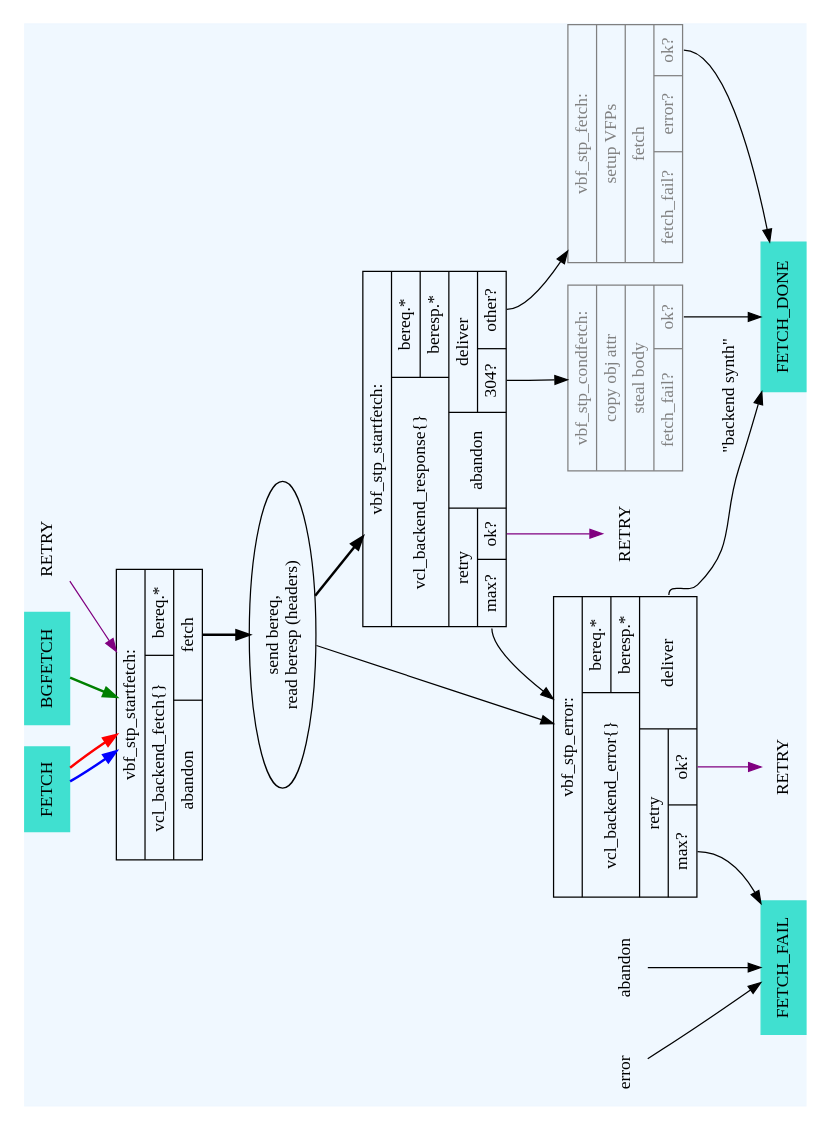
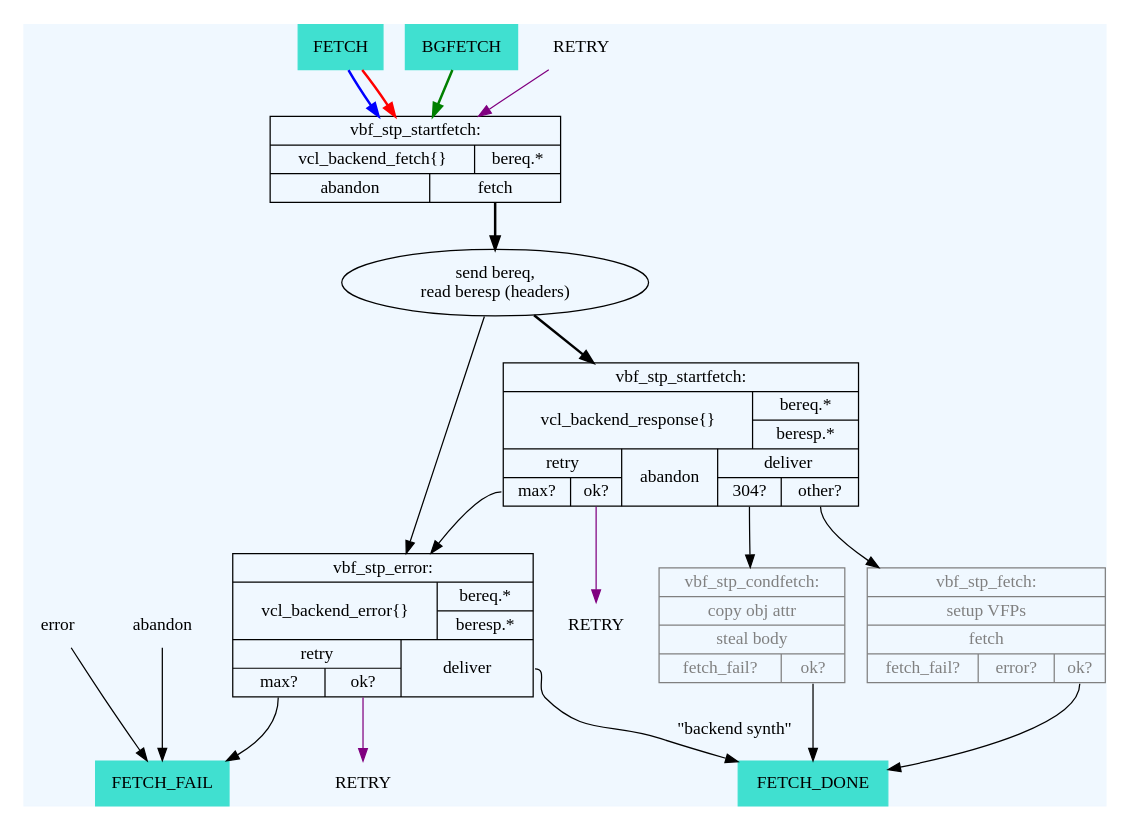
Before and after one commit to varnishcache/varnish-cache: the diagram in doc/graphviz/cache_fetch.dot, drawn with Graphviz. The commit also changed 2 other files, not shown here.

```diff
--- a/doc/graphviz/cache_fetch.dot
+++ b/doc/graphviz/cache_fetch.dot
@@ -1,109 +1,108 @@
 digraph cache_fetch {
 	margin="0.5"
 	center="1"
-	rotate=90
 
 	/*** cache_fetch.c ***/
 	subgraph cluster_backend {
 		style=filled
 		color=aliceblue
 		RETRY [shape=plaintext]
 		v_b_f_BGFETCH [label="BGFETCH",
 			       shape=box,
 			       style=filled,
 			       color=turquoise]
 		v_b_f_FETCH [label="FETCH",
 			       shape=box,
 			       style=filled,
 			       color=turquoise]
 		v_b_f_BGFETCH -> v_b_f [style=bold,color=green]
 		v_b_f_FETCH -> v_b_f [style=bold,color=blue]
 		v_b_f_FETCH -> v_b_f [style=bold,color=red]
 		RETRY -> v_b_f [color=purple]
 		/* vbf_stp_startfetch() */
 		v_b_f [
 			    shape=record
 			    label="
 			    {vbf_stp_startfetch:|
 				    {vcl_backend_fetch\{\}|bereq.*}|
 				    {abandon|
 					    <fetch>fetch}}"
 		]
 		v_b_f:fetch:s -> v_b_hdrs [style=bold]
 		v_b_hdrs [ label="send bereq,\nread beresp (headers)"]
 		v_b_hdrs -> v_b_r [style=bold]
 		v_b_hdrs -> v_b_e
 		v_b_r [
 			    shape=record
 			    label="
 			    {vbf_stp_startfetch:|
 				    {vcl_backend_response\{\}|{
 					    bereq.*|beresp.*}}|
 				    {{retry|{<max>max?|<retry>ok?}}|
 				    abandon|
 				    {deliver|{<fetch_304>304?|
 					    <non_304>other?}}}}"
 		]
 		v_b_r:retry -> v_b_r_retry [color=purple]
 		v_b_r:max -> v_b_e
 		v_b_r:fetch_304:s -> vbf_stp_condfetch
 		v_b_r:non_304:s -> vbf_stp_fetch
 
 		v_b_r_retry [label="RETRY",shape=plaintext]
 
 		vbf_stp_fetch [
 			       shape=record
 			       fontcolor=grey
 			       color=grey
 			       label="
 			       {vbf_stp_fetch:|
 				       setup VFPs|
 				       <fetch>fetch|
 				       {fetch_fail?|error?|<ok>ok?}}"
 				       ]
 		vbf_stp_fetch:ok:s -> FETCH_DONE
 
 		vbf_stp_condfetch [
 			       shape=record
 			       fontcolor=grey
 			       color=grey
 			       label="
 			       {vbf_stp_condfetch:|
 				       copy obj attr|
 				       steal body|
 				       {fetch_fail?|<ok>ok?}}"
 
 		]
 		vbf_stp_condfetch:ok:s -> FETCH_DONE
 
 		error [shape=plaintext]
 		error -> FETCH_FAIL
 
 		/* vbf_stp_error */
 		v_b_e [
 			    shape=record
 			    label="
 			    {vbf_stp_error:|
 				    {vcl_backend_error\{\}|{
 					    bereq.*|beresp.*}}|
 				    {{retry|{<max>max?|<retry>ok?}}|
 				    <deliver>deliver}}}"
 				    ]
 		// v_b_e:deliver aka "backend synth" - goes into cache
 		v_b_e:deliver -> FETCH_DONE [label="\"backend synth\""]
 		v_b_e:retry -> v_b_e_retry [color=purple]
 		v_b_e_retry [label="RETRY",shape=plaintext]
 		v_b_e:max:s -> FETCH_FAIL
 
 		v_b_e_retry [label="RETRY",shape=plaintext]
 
 		FETCH_DONE [label="FETCH_DONE",
 			    shape=box,style=filled,color=turquoise]
 
 		abandon [shape=plaintext]
 		abandon -> FETCH_FAIL
 		// F_STP_FAIL
 		FETCH_FAIL [label="FETCH_FAIL",
 			    shape=box,style=filled,color=turquoise]
 	}
 }
```
